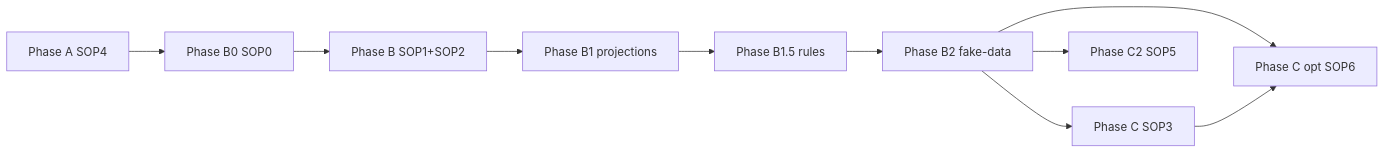
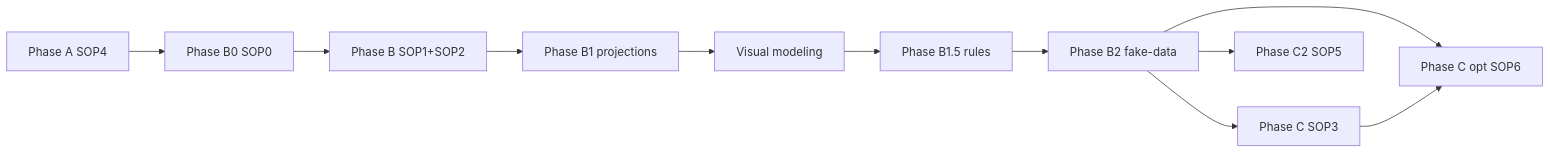
Before and after one commit to mindflight-orchestrator/starter-kit-ghostcrab-perso: the diagram in starterkit/pro-mcp/SOP_SEQUENCE.md, drawn with Mermaid. The commit also changed other lines of this file and 13 other files, not shown here.

First line of the commit message:
Add Mermaid visual modeling gate across StarterKit workflow.

````diff
--- a/starterkit/pro-mcp/SOP_SEQUENCE.md
+++ b/starterkit/pro-mcp/SOP_SEQUENCE.md
@@ -19,17 +19,18 @@
 ```mermaid
 flowchart LR
   A[Phase A SOP4]
   B0[Phase B0 SOP0]
   B[Phase B SOP1+SOP2]
   B1[Phase B1 projections]
+  V[Visual modeling]
   B15[Phase B1.5 rules]
   B2[Phase B2 fake-data]
   C3[Phase C SOP3]
   C6[Phase C opt SOP6]
   C2[Phase C2 SOP5]
-  A --> B0 --> B --> B1 --> B15 --> B2
+  A --> B0 --> B --> B1 --> V --> B15 --> B2
   B2 --> C3
   B2 --> C6
   B2 --> C2
   C3 --> C6
 ```
````
